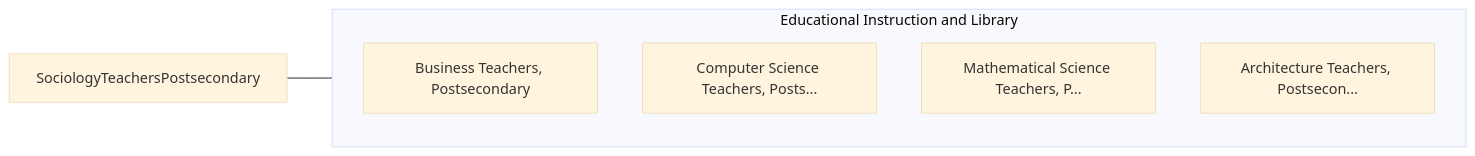
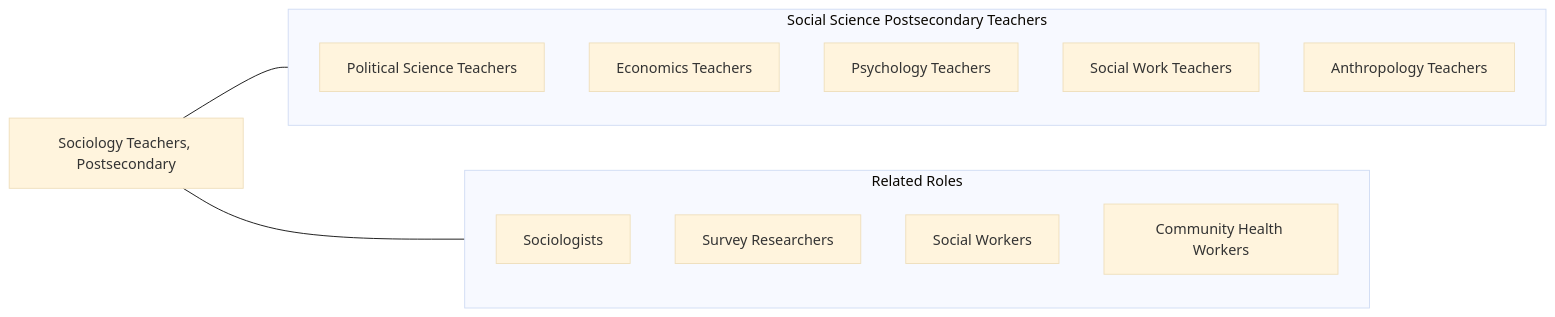
The fourth of 4 diagrams in occupations/Education/SociologyTeachersPostsecondary.mdx (kziemski/business.org.ai), drawn with Mermaid (base theme) before and after one commit. The commit also changed other lines of this file and 938 other files, not shown here.

````diff
--- a/occupations/Education/SociologyTeachersPostsecondary.mdx
+++ b/occupations/Education/SociologyTeachersPostsecondary.mdx
@@ -80,13 +179,22 @@
 ```mermaid
 graph LR
-    Current["SociologyTeachersPostsecondary"]
+    Current["Sociology Teachers, Postsecondary"]
 
-    subgraph SameCategory["Educational Instruction and Library"]
-        BusinessTeachersPost["Business Teachers, Postsecondary"]
-        ComputerScienceTeach["Computer Science Teachers, Posts..."]
-        MathematicalScienceT["Mathematical Science Teachers, P..."]
-        ArchitectureTeachers["Architecture Teachers, Postsecon..."]
+    subgraph SameCategory["Social Science Postsecondary Teachers"]
+        PolSci["Political Science Teachers"]
+        Economics["Economics Teachers"]
+        Psychology["Psychology Teachers"]
+        SocialWork["Social Work Teachers"]
+        Anthropology["Anthropology Teachers"]
+    end
+
+    subgraph CrossFunctional["Related Roles"]
+        Sociologists["Sociologists"]
+        SurveyResearchers["Survey Researchers"]
+        SocialWorkers["Social Workers"]
+        CommunityManagers["Community Health Workers"]
     end
 
     Current --- SameCategory
+    Current --- CrossFunctional
 ```
````
